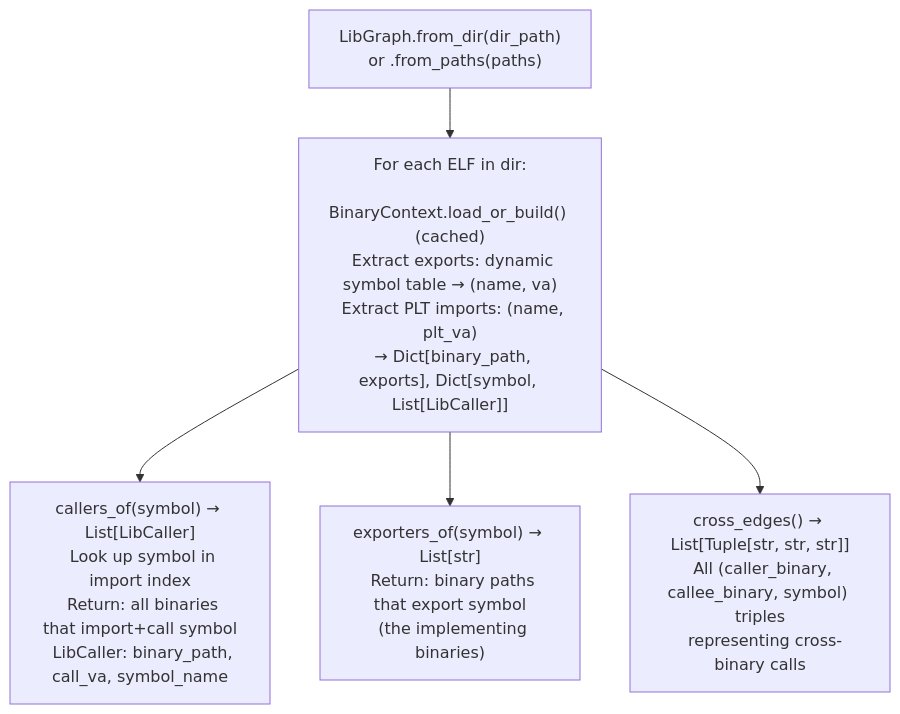
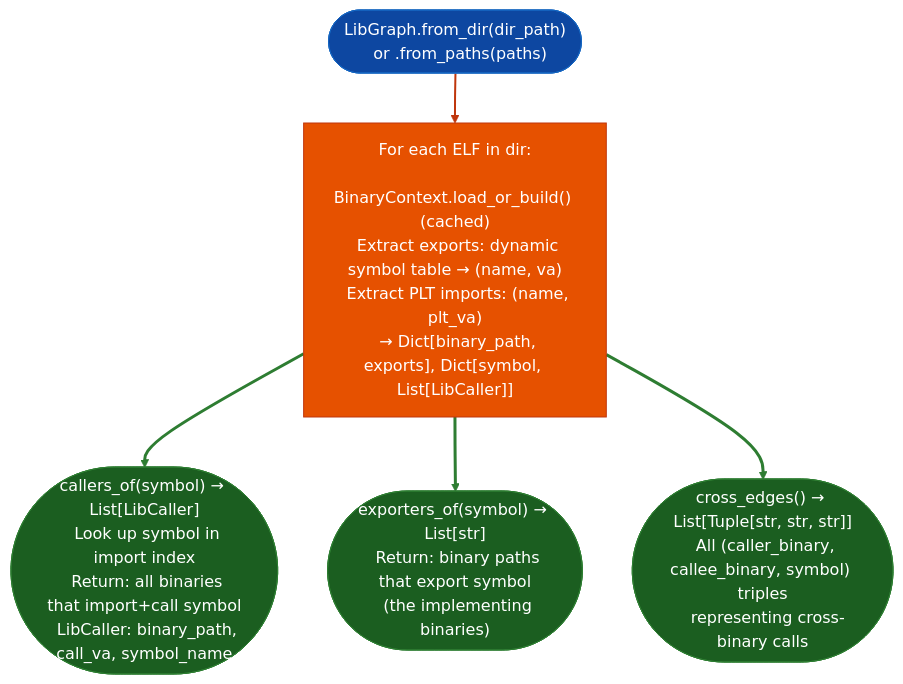
Before and after one commit to Ablation-Tool/ablation: the diagram in docs/reference-modules/single-multi-binary-corpus-building.md, drawn with Mermaid. The commit also changed 320 other files, not shown here.

First line of the commit message:
docs: apply canonical Mermaid template to all 321 diagrams

````diff
--- a/docs/reference-modules/single-multi-binary-corpus-building.md
+++ b/docs/reference-modules/single-multi-binary-corpus-building.md
@@ -19,7 +19,17 @@
 ```mermaid
 flowchart TD
-    A["LibGraph.from_dir(dir_path)\n  or .from_paths(paths)"] --> B["For each ELF in dir:\n  BinaryContext.load_or_build() (cached)\n  Extract exports: dynamic symbol table → (name, va)\n  Extract PLT imports: (name, plt_va)\n  → Dict[binary_path, exports], Dict[symbol, List[LibCaller]]"]
-    B --> C["callers_of(symbol) → List[LibCaller]\n  Look up symbol in import index\n  Return: all binaries that import+call symbol\n  LibCaller: binary_path, call_va, symbol_name"]
-    B --> D["exporters_of(symbol) → List[str]\n  Return: binary paths that export symbol\n  (the implementing binaries)"]
-    B --> E["cross_edges() → List[Tuple[str, str, str]]\n  All (caller_binary, callee_binary, symbol) triples\n  representing cross-binary calls"]
+    A(["LibGraph.from_dir(dir_path)\n  or .from_paths(paths)"]):::input --> B["For each ELF in dir:\n  BinaryContext.load_or_build() (cached)\n  Extract exports: dynamic symbol table → (name, va)\n  Extract PLT imports: (name, plt_va)\n  → Dict[binary_path, exports], Dict[symbol, List[LibCaller]]"]:::primary
+    B:::primary --> C(["callers_of(symbol) → List[LibCaller]\n  Look up symbol in import index\n  Return: all binaries that import+call symbol\n  LibCaller: binary_path, call_va, symbol_name"]):::output
+    B:::primary --> D(["exporters_of(symbol) → List[str]\n  Return: binary paths that export symbol\n  (the implementing binaries)"]):::output
+    B:::primary --> E(["cross_edges() → List[Tuple[str, str, str]]\n  All (caller_binary, callee_binary, symbol) triples\n  representing cross-binary calls"]):::output
+    classDef input     fill:#0d47a1,stroke:#1565c0,color:#fff
+    classDef primary   fill:#e65100,stroke:#bf360c,color:#fff
+    classDef secondary fill:#004d40,stroke:#00695c,color:#fff
+    classDef tertiary  fill:#4a148c,stroke:#6a1b9a,color:#fff
+    classDef neutral   fill:#37474f,stroke:#546e7a,color:#fff
+    classDef output    fill:#1b5e20,stroke:#2e7d32,color:#fff
+    linkStyle 0 stroke:#bf360c,stroke-width:2px
+    linkStyle 1 stroke:#2e7d32,stroke-width:3px
+    linkStyle 2 stroke:#2e7d32,stroke-width:3px
+    linkStyle 3 stroke:#2e7d32,stroke-width:3px
 ```
````
